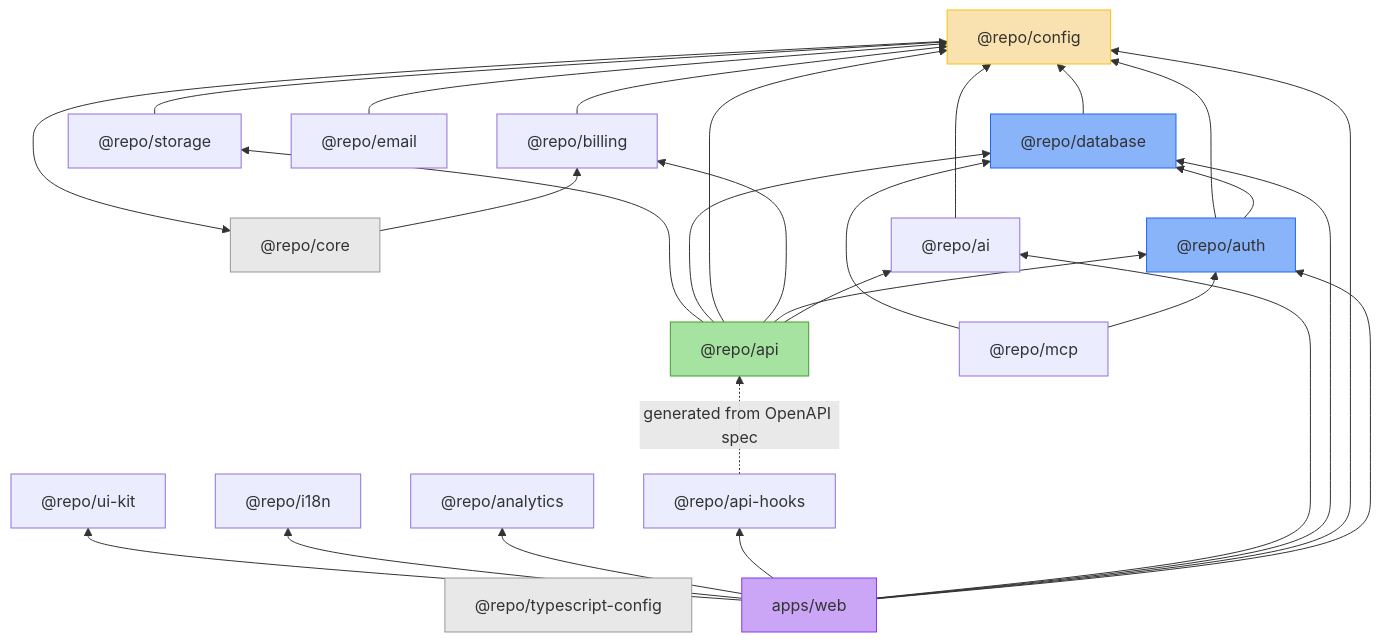
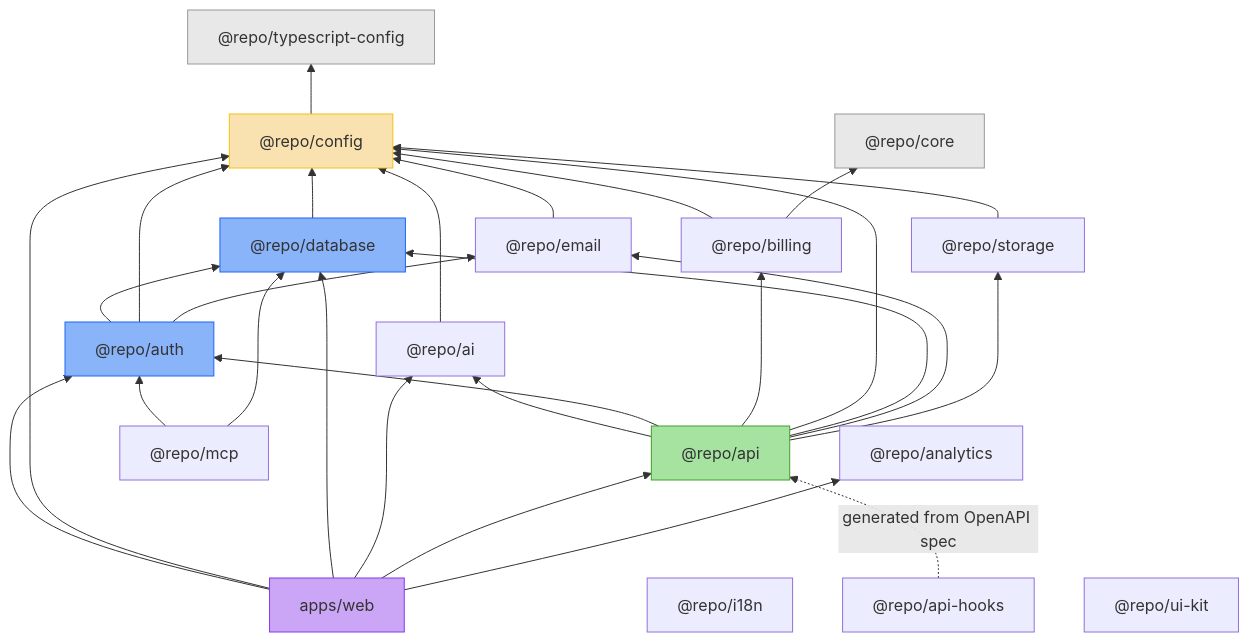
One commit to launchapp-dev/invoicer changed the diagram in knowledge/architecture/saas-template-dependency.md. Above: the diagram before and after it, drawn with Mermaid. The commit also changed other lines of this file and 11 other files, not shown here.

First line of the commit message:
fix(architecture): verify and correct diagrams against actual source code (#28)

````diff
--- a/knowledge/architecture/saas-template-dependency.md
+++ b/knowledge/architecture/saas-template-dependency.md
@@ -19,60 +19,59 @@
 ```mermaid
 graph BT
     TS["@repo/typescript-config"]
     CORE["@repo/core"]
     CONFIG["@repo/config"]
     DB["@repo/database"]
     AUTH["@repo/auth"]
     API["@repo/api"]
     WEB["apps/web"]
     AI["@repo/ai"]
     BILLING["@repo/billing"]
     EMAIL["@repo/email"]
     STORAGE["@repo/storage"]
     ANALYTICS["@repo/analytics"]
     I18N["@repo/i18n"]
     APIHOOKS["@repo/api-hooks"]
     MCP["@repo/mcp"]
     UIKIT["@repo/ui-kit"]
 
-    CONFIG --> CORE
+    CONFIG --> TS
     DB --> CONFIG
     AUTH --> DB
     AUTH --> CONFIG
+    AUTH --> EMAIL
 
     AI --> CONFIG
     BILLING --> CONFIG
+    BILLING --> CORE
     EMAIL --> CONFIG
     STORAGE --> CONFIG
 
     API --> AI
     API --> AUTH
     API --> BILLING
     API --> CONFIG
     API --> DB
+    API --> EMAIL
     API --> STORAGE
 
     APIHOOKS -.->|generated from OpenAPI spec| API
 
     MCP --> AUTH
     MCP --> DB
 
     WEB --> AUTH
     WEB --> CONFIG
     WEB --> DB
     WEB --> AI
-    WEB --> APIHOOKS
+    WEB --> API
     WEB --> ANALYTICS
-    WEB --> I18N
-    WEB --> UIKIT
-
-    CORE --> BILLING
 
     style TS fill:#e8e8e8,stroke:#999
     style CORE fill:#e8e8e8,stroke:#999
     style CONFIG fill:#f9e2af,stroke:#f5c211
     style DB fill:#89b4fa,stroke:#1e66f5
     style AUTH fill:#89b4fa,stroke:#1e66f5
     style API fill:#a6e3a1,stroke:#40a02b
     style WEB fill:#cba6f7,stroke:#8839ef
 ```
````
